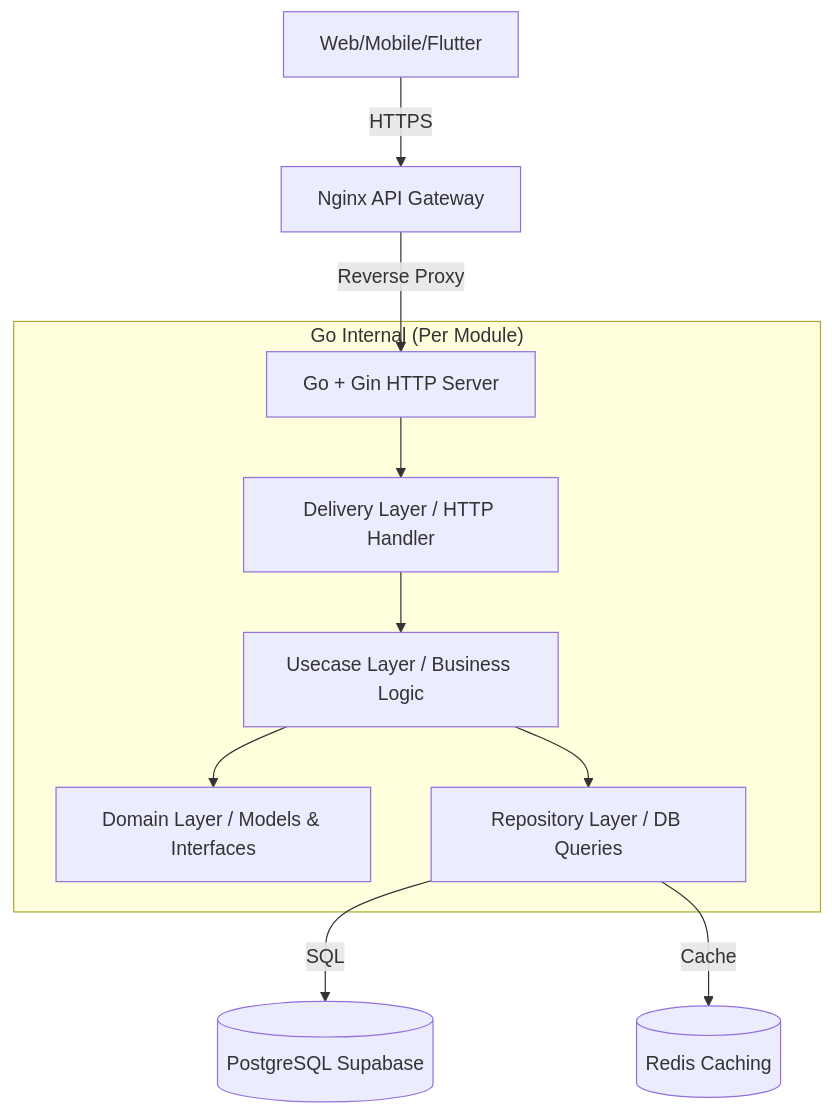
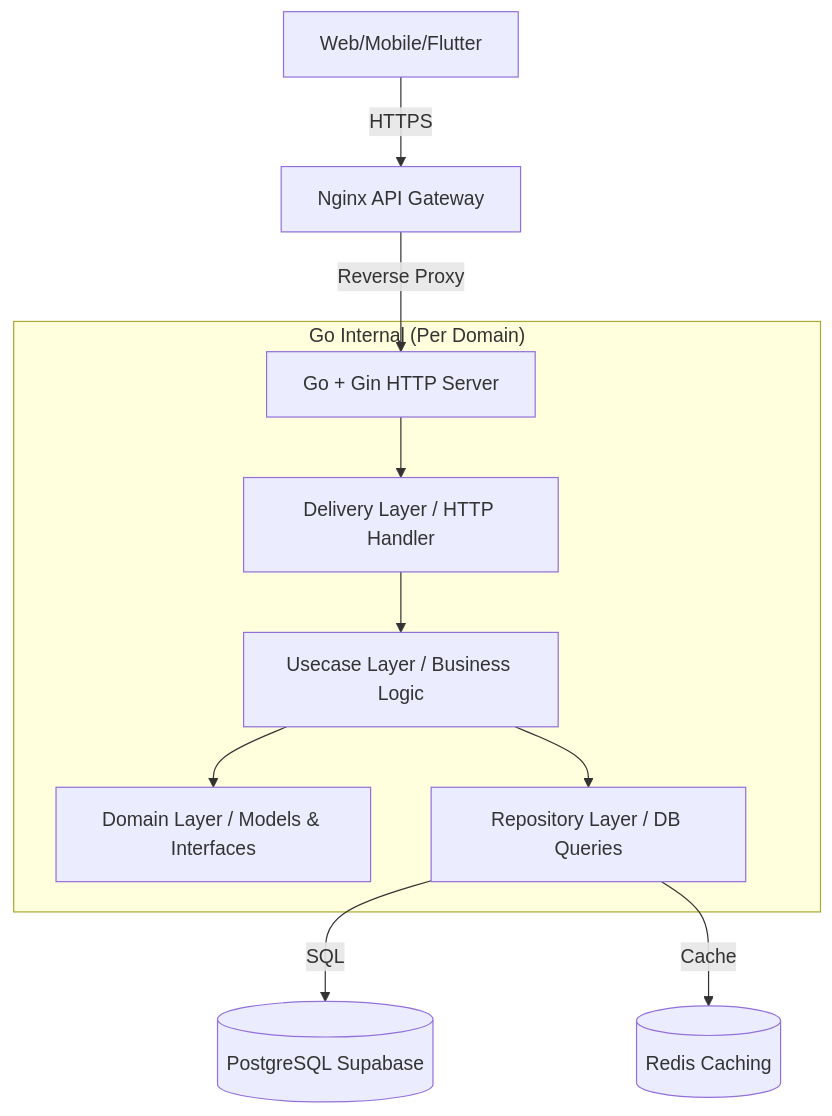
One commit to Dhegas/saas_gangsta changed the diagram in README.md. Above: the diagram before and after it, drawn with Mermaid. The commit also changed other lines of this file and 152 other files, not shown here.

````diff
--- a/README.md
+++ b/README.md
@@ -13,15 +13,15 @@
 ```mermaid
 graph TD
     Client[Web/Mobile/Flutter] -->|HTTPS| Nginx[Nginx API Gateway]
     Nginx -->|Reverse Proxy| GoServer[Go + Gin HTTP Server]
     
-    subgraph "Go Internal (Per Module)"
+   subgraph "Go Internal (Per Domain)"
         GoServer --> Delivery[Delivery Layer / HTTP Handler]
         Delivery --> Usecase[Usecase Layer / Business Logic]
         Usecase --> Domain[Domain Layer / Models & Interfaces]
         Usecase --> Repository[Repository Layer / DB Queries]
     end
     
     Repository -->|SQL| DB[(PostgreSQL Supabase)]
     Repository -->|Cache| Redis[(Redis Caching)]
 ```
````
